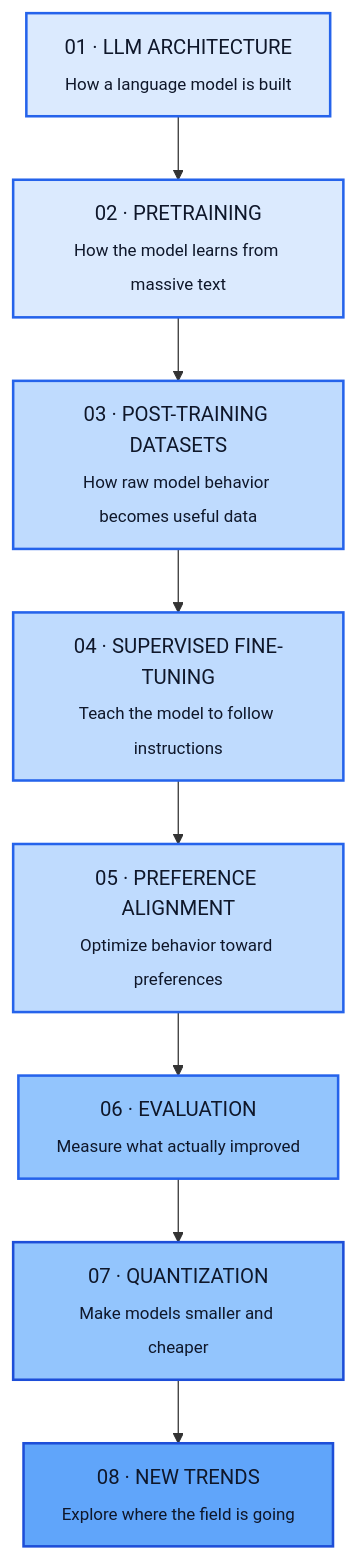
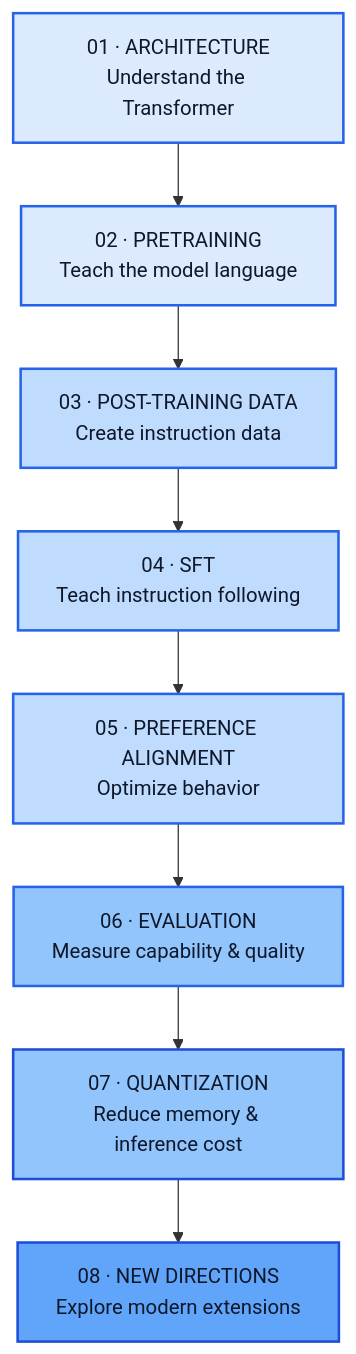
One commit to OlawoyeTaofeek/AI-Engineering-Roadmap changed the first of 2 diagrams in llm-from-scratch/README.md. Above: the diagram before and after it, drawn with Mermaid. The commit also changed other lines of this file, not shown here.

````diff
--- a/llm-from-scratch/README.md
+++ b/llm-from-scratch/README.md
@@ -133,22 +206,22 @@
 ```mermaid
 flowchart TD
-    A["01 · LLM ARCHITECTURE<br/><sub>How a language model is built</sub>"]
-    B["02 · PRETRAINING<br/><sub>How the model learns from massive text</sub>"]
-    C["03 · POST-TRAINING DATASETS<br/><sub>How raw model behavior becomes useful data</sub>"]
-    D["04 · SUPERVISED FINE-TUNING<br/><sub>Teach the model to follow instructions</sub>"]
-    E["05 · PREFERENCE ALIGNMENT<br/><sub>Optimize behavior toward preferences</sub>"]
-    F["06 · EVALUATION<br/><sub>Measure what actually improved</sub>"]
-    G["07 · QUANTIZATION<br/><sub>Make models smaller and cheaper</sub>"]
-    H["08 · NEW TRENDS<br/><sub>Explore where the field is going</sub>"]
+    A["01 · ARCHITECTURE<br/>Understand the Transformer"]
+    B["02 · PRETRAINING<br/>Teach the model language"]
+    C["03 · POST-TRAINING DATA<br/>Create instruction data"]
+    D["04 · SFT<br/>Teach instruction following"]
+    E["05 · PREFERENCE ALIGNMENT<br/>Optimize behavior"]
+    F["06 · EVALUATION<br/>Measure capability & quality"]
+    G["07 · QUANTIZATION<br/>Reduce memory & inference cost"]
+    H["08 · NEW DIRECTIONS<br/>Explore modern extensions"]
 
     A --> B --> C --> D --> E --> F --> G --> H
 
     style A fill:#dbeafe,stroke:#2563eb,stroke-width:2px,color:#0f172a
     style B fill:#dbeafe,stroke:#2563eb,stroke-width:2px,color:#0f172a
     style C fill:#bfdbfe,stroke:#2563eb,stroke-width:2px,color:#0f172a
     style D fill:#bfdbfe,stroke:#2563eb,stroke-width:2px,color:#0f172a
     style E fill:#bfdbfe,stroke:#2563eb,stroke-width:2px,color:#0f172a
     style F fill:#93c5fd,stroke:#2563eb,stroke-width:2px,color:#0f172a
     style G fill:#93c5fd,stroke:#1d4ed8,stroke-width:2px,color:#0f172a
     style H fill:#60a5fa,stroke:#1d4ed8,stroke-width:2px,color:#0f172a
 ```
````
